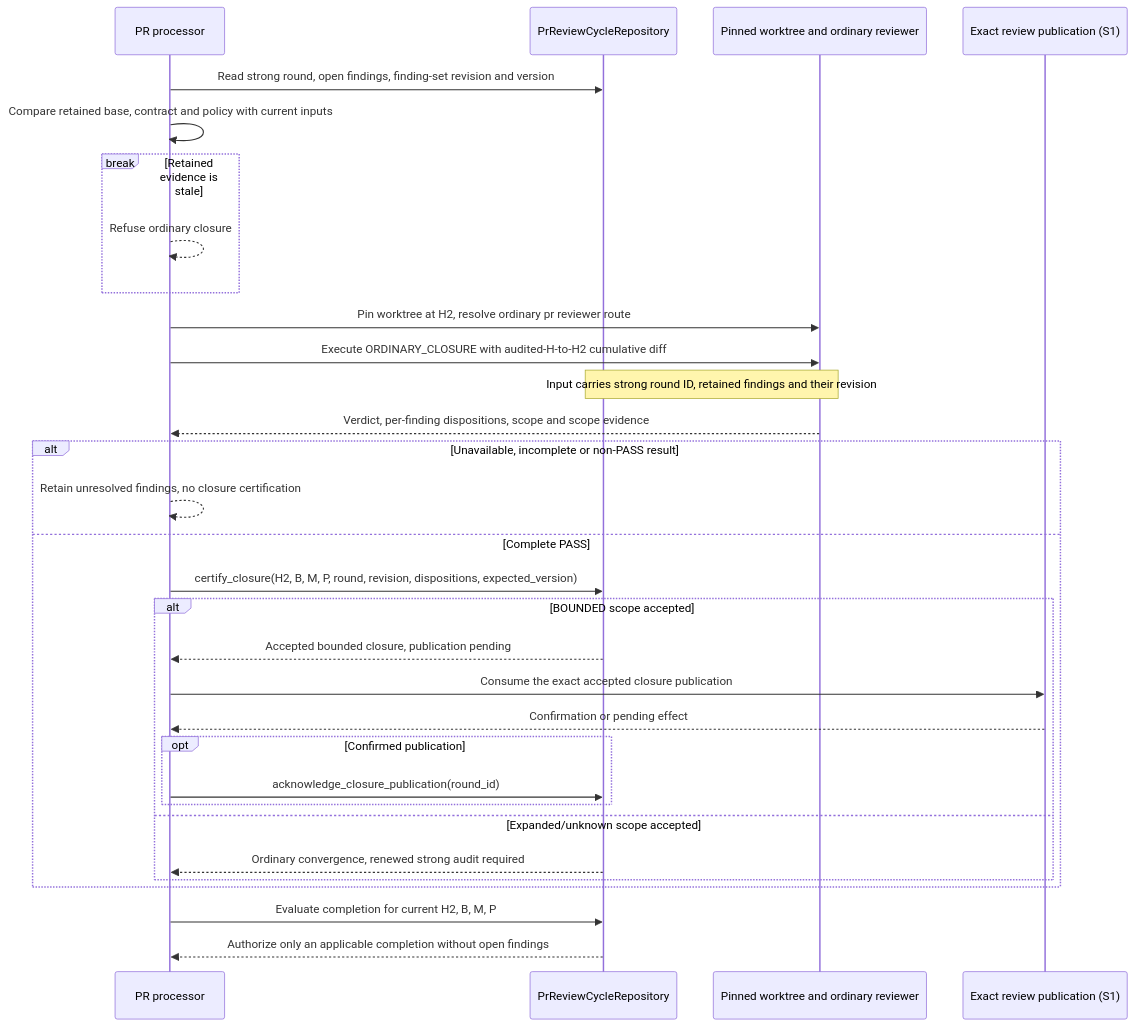
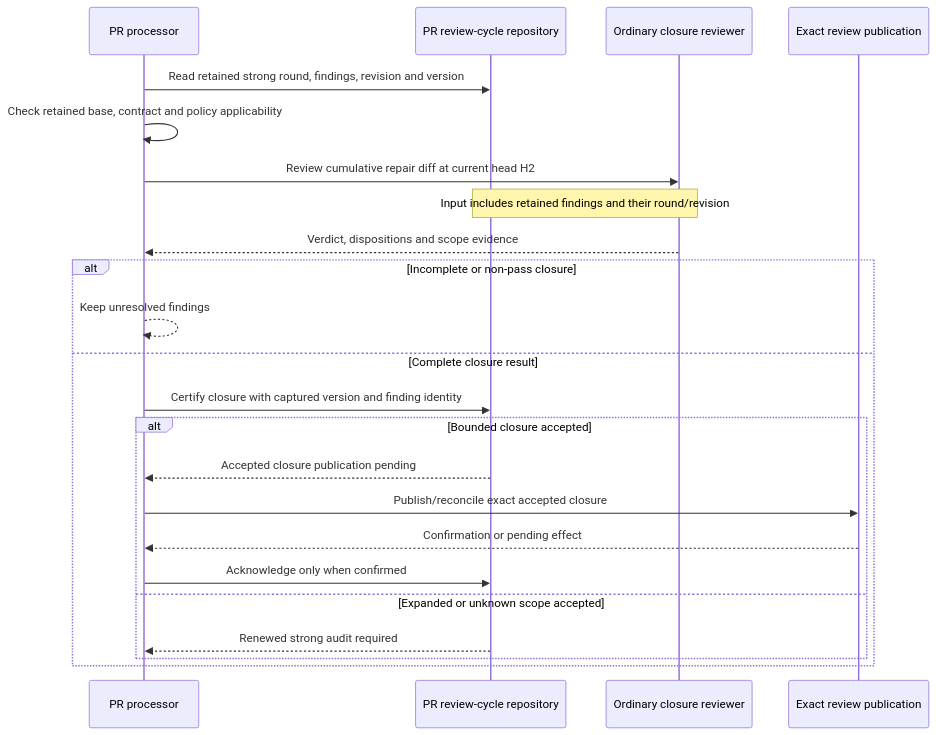
The second of 2 diagrams in docs/architecture/as-is/pr-two-tier-review.md (kitamura-tetsuo/auto-coder), drawn with Mermaid before and after one commit. The commit also changed other lines of this file and 14 other files, not shown here.

First line of the commit message:
docs: refresh as-is sequences and map refactoring boundaries

````diff
--- a/docs/architecture/as-is/pr-two-tier-review.md
+++ b/docs/architecture/as-is/pr-two-tier-review.md
@@ -78,33 +49,25 @@
 ```mermaid
 sequenceDiagram
     participant P as PR processor
-    participant D as PrReviewCycleRepository
-    participant V as Pinned worktree and ordinary reviewer
-    participant E as Exact review publication (S1)
-    P->>D: Read strong round, open findings, finding-set revision and version
-    P->>P: Compare retained base, contract and policy with current inputs
-    break Retained evidence is stale
-        P-->>P: Refuse ordinary closure
-    end
-    P->>V: Pin worktree at H2, resolve ordinary pr reviewer route
-    P->>V: Execute ORDINARY_CLOSURE with audited-H-to-H2 cumulative diff
-    Note over D,V: Input carries strong round ID, retained findings and their revision
-    V-->>P: Verdict, per-finding dispositions, scope and scope evidence
-    alt Unavailable, incomplete or non-PASS result
-        P-->>P: Retain unresolved findings, no closure certification
-    else Complete PASS
-        P->>D: certify_closure(H2, B, M, P, round, revision, dispositions, expected_version)
-        alt BOUNDED scope accepted
-            D-->>P: Accepted bounded closure, publication pending
-            P->>E: Consume the exact accepted closure publication
+    participant D as PR review-cycle repository
+    participant V as Ordinary closure reviewer
+    participant E as Exact review publication
+    P->>D: Read retained strong round, findings, revision and version
+    P->>P: Check retained base, contract and policy applicability
+    P->>V: Review cumulative repair diff at current head H2
+    Note over D,V: Input includes retained findings and their round/revision
+    V-->>P: Verdict, dispositions and scope evidence
+    alt Incomplete or non-pass closure
+        P-->>P: Keep unresolved findings
+    else Complete closure result
+        P->>D: Certify closure with captured version and finding identity
+        alt Bounded closure accepted
+            D-->>P: Accepted closure publication pending
+            P->>E: Publish/reconcile exact accepted closure
             E-->>P: Confirmation or pending effect
-            opt Confirmed publication
-                P->>D: acknowledge_closure_publication(round_id)
-            end
-        else Expanded/unknown scope accepted
-            D-->>P: Ordinary convergence, renewed strong audit required
+            P->>D: Acknowledge only when confirmed
+        else Expanded or unknown scope accepted
+            D-->>P: Renewed strong audit required
         end
     end
-    P->>D: Evaluate completion for current H2, B, M, P
-    D-->>P: Authorize only an applicable completion without open findings
 ```
````
